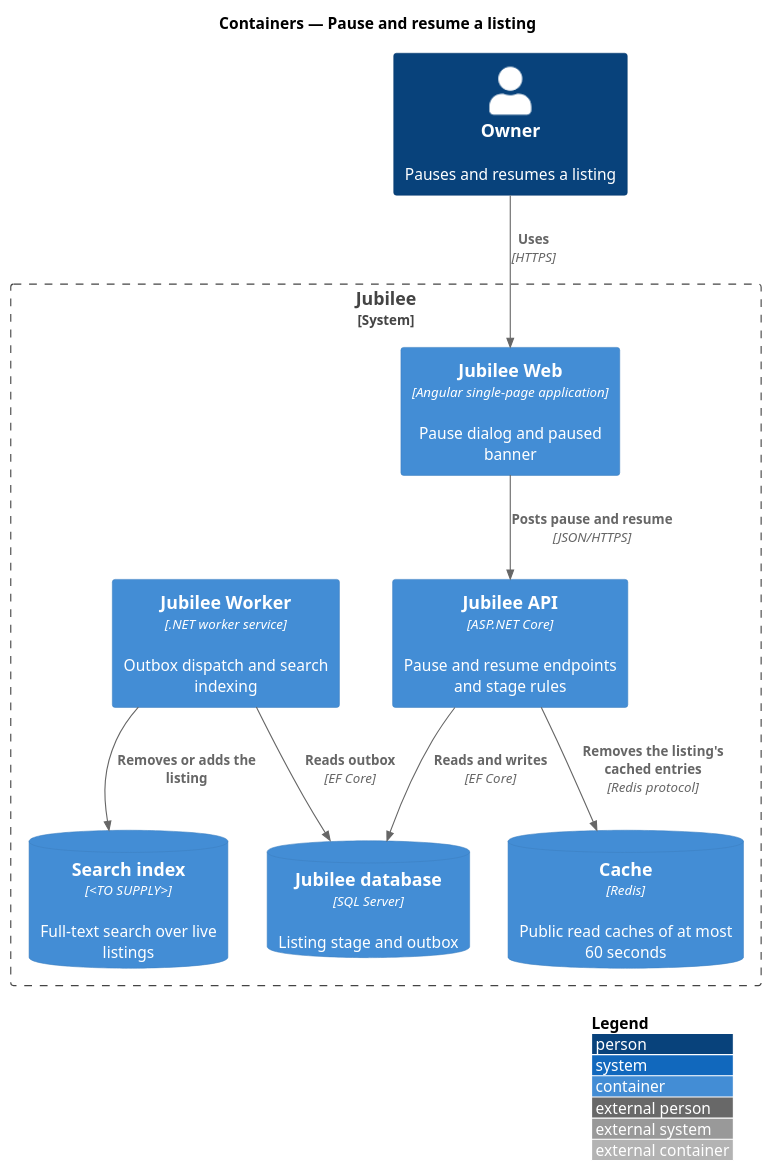
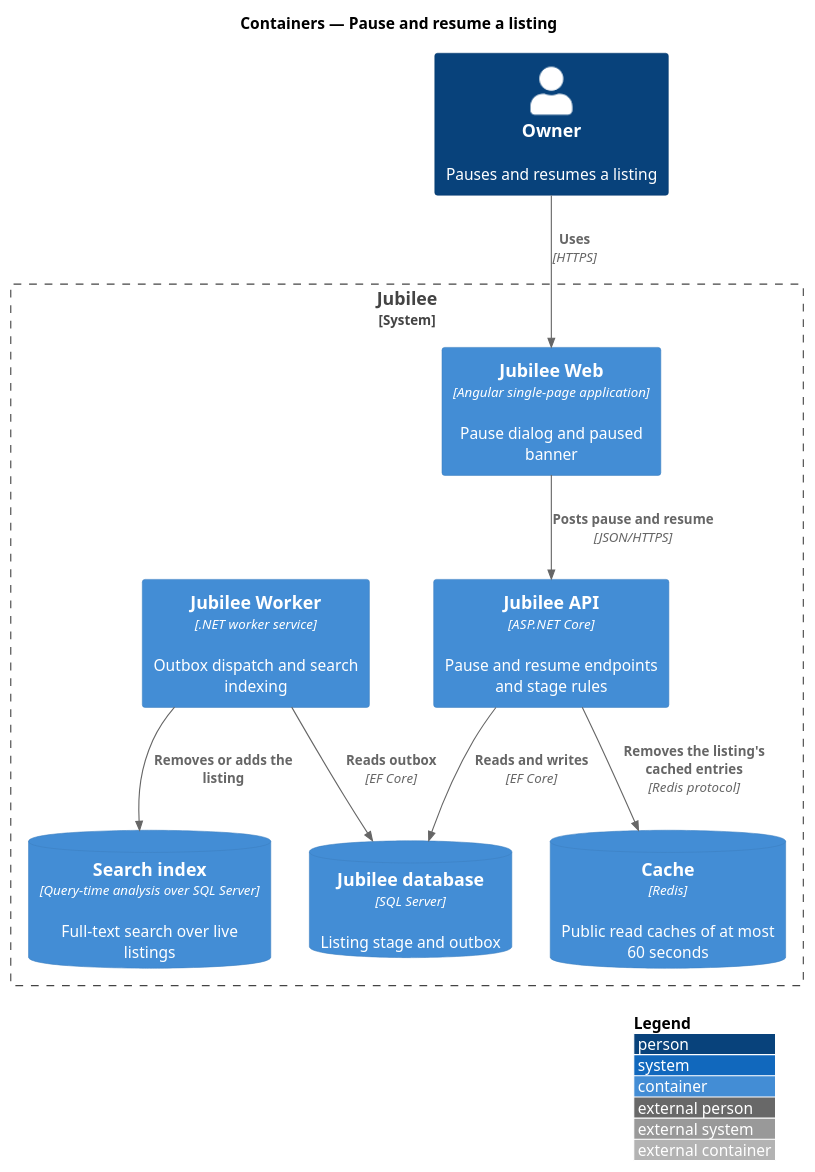
Before and after one commit to QuinntyneBrown/jubilee: the diagram in docs/detailed-designs/owner-workspace/pause-listing/diagrams/c4-container.puml, drawn with PlantUML. The commit also changed 34 other files, not shown here.

First line of the commit message:
Search: the index over the database is the final design, with no indexing job (ADR 0011, L2-029 AC7)

```diff
--- a/docs/detailed-designs/owner-workspace/pause-listing/diagrams/c4-container.puml
+++ b/docs/detailed-designs/owner-workspace/pause-listing/diagrams/c4-container.puml
@@ -1,21 +1,21 @@
 @startuml
 !include <C4/C4_Container>
 LAYOUT_WITH_LEGEND()
 title Containers — Pause and resume a listing
 
 Person(owner, "Owner", "Pauses and resumes a listing")
 System_Boundary(jubilee, "Jubilee") {
   Container(web, "Jubilee Web", "Angular single-page application", "Pause dialog and paused banner")
   Container(api, "Jubilee API", "ASP.NET Core", "Pause and resume endpoints and stage rules")
   Container(worker, "Jubilee Worker", ".NET worker service", "Outbox dispatch and search indexing")
   ContainerDb(db, "Jubilee database", "SQL Server", "Listing stage and outbox")
   ContainerDb(cache, "Cache", "Redis", "Public read caches of at most 60 seconds")
-  ContainerDb(search, "Search index", "<TO SUPPLY>", "Full-text search over live listings")
+  ContainerDb(search, "Search index", "Query-time analysis over SQL Server", "Full-text search over live listings")
 }
 Rel(owner, web, "Uses", "HTTPS")
 Rel(web, api, "Posts pause and resume", "JSON/HTTPS")
 Rel(api, db, "Reads and writes", "EF Core")
 Rel(api, cache, "Removes the listing's cached entries", "Redis protocol")
 Rel(worker, db, "Reads outbox", "EF Core")
 Rel(worker, search, "Removes or adds the listing")
 @enduml
```
